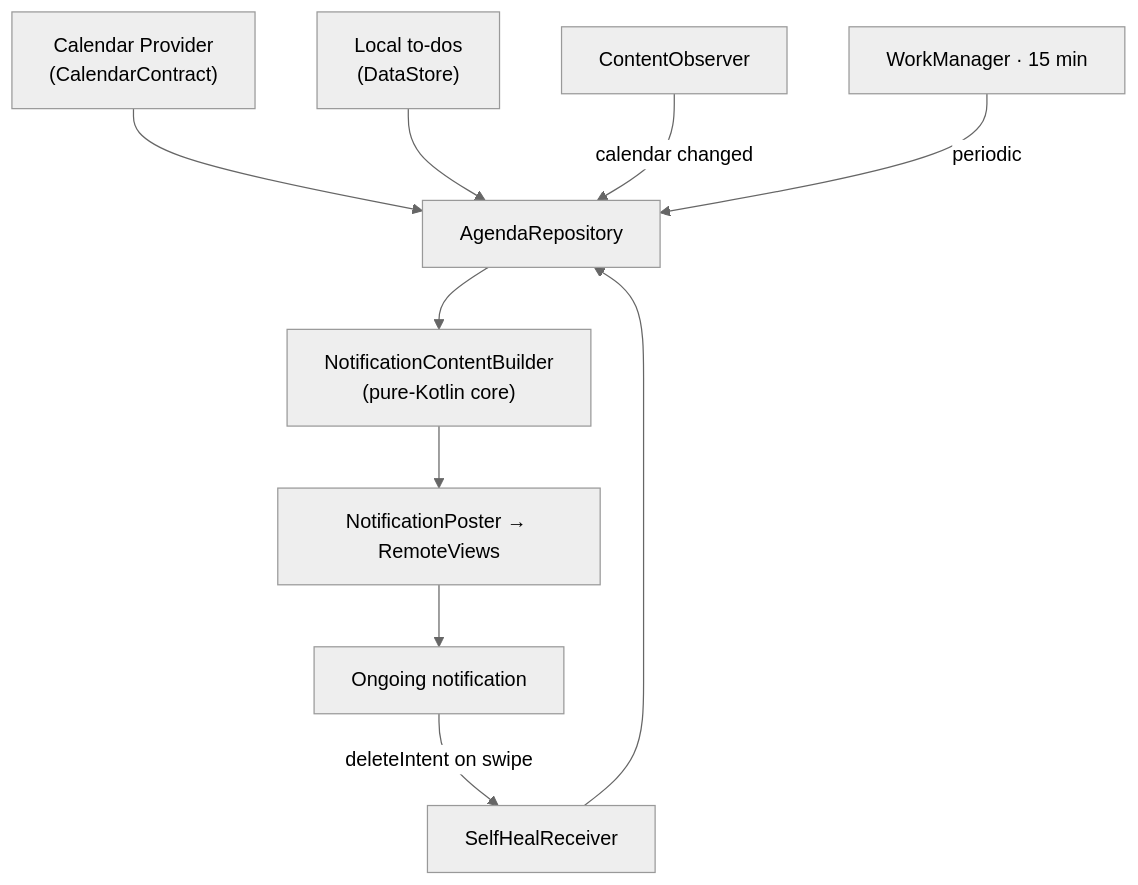
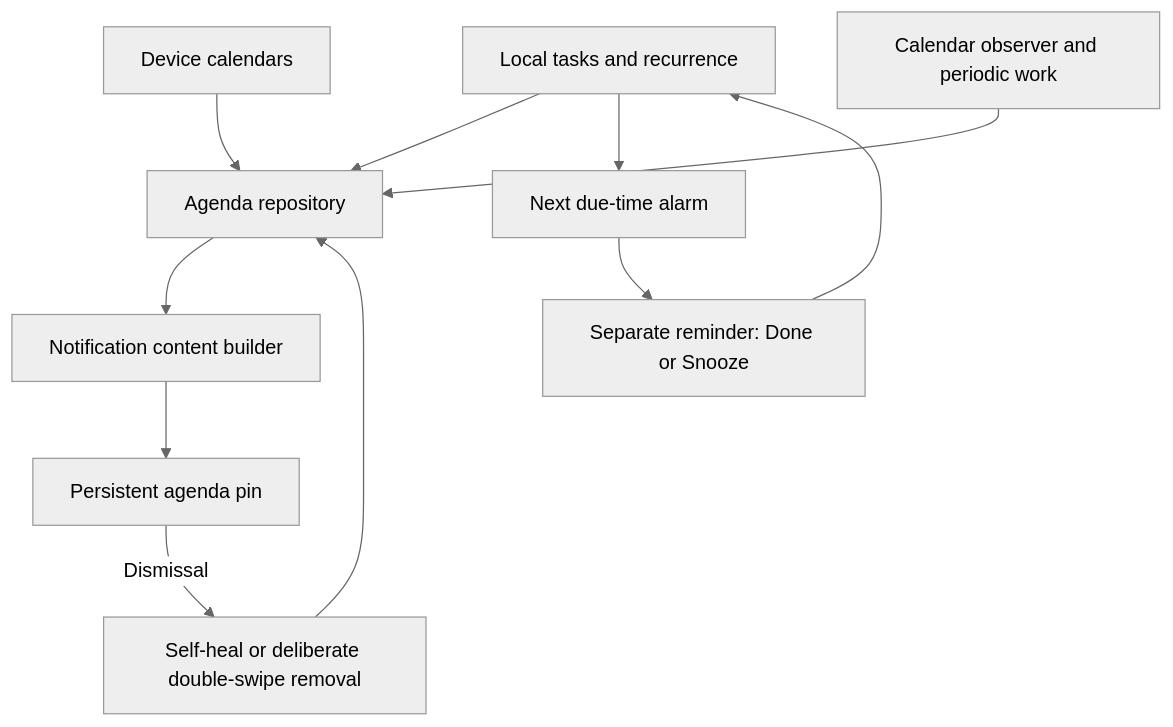
The diagram in src/data/blog/pinned-calendar.mdx (ahnafnafee/ahnafnafee.dev), drawn with Mermaid (neutral theme) before and after one commit. The commit also changed other lines of this file and 17 other files, not shown here.

````diff
--- a/src/data/blog/pinned-calendar.mdx
+++ b/src/data/blog/pinned-calendar.mdx
@@ -191,12 +120,13 @@
 ```mermaid
 flowchart TD
-    CP["Calendar Provider<br/>(CalendarContract)"] --> AR["AgendaRepository"]
-    TD["Local to-dos<br/>(DataStore)"] --> AR
-    AR --> NCB["NotificationContentBuilder<br/>(pure-Kotlin core)"]
-    NCB --> NP["NotificationPoster → RemoteViews"]
-    NP --> N["Ongoing notification"]
-    OBS["ContentObserver"] -->|calendar changed| AR
-    WM["WorkManager · 15 min"] -->|periodic| AR
-    N -->|deleteIntent on swipe| SH["SelfHealReceiver"]
-    SH --> AR
+    C["Device calendars"] --> A["Agenda repository"]
+    T["Local tasks and recurrence"] --> A
+    A --> B["Notification content builder"]
+    B --> P["Persistent agenda pin"]
+    P -->|"Dismissal"| S["Self-heal or deliberate double-swipe removal"]
+    S --> A
+    O["Calendar observer and periodic work"] --> A
+    T --> R["Next due-time alarm"]
+    R --> N["Separate reminder: Done or Snooze"]
+    N --> T
 ```
````
